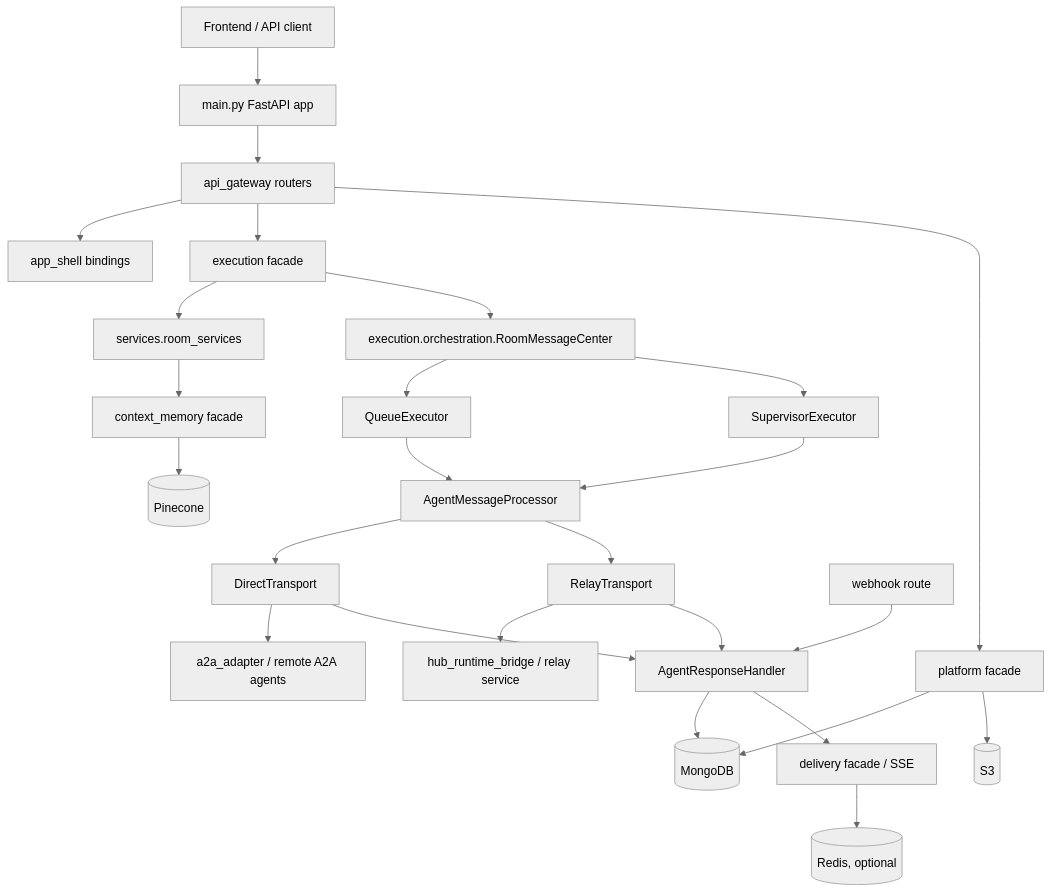
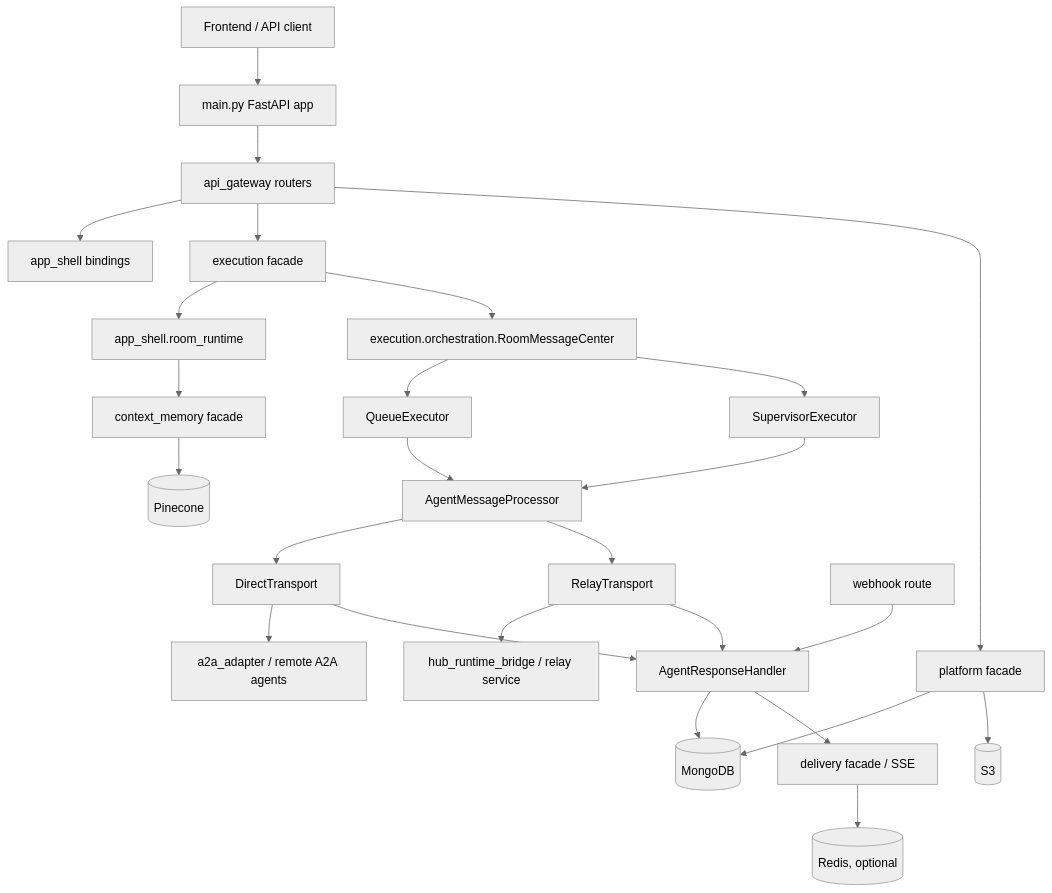
The diagram in System-Architecture.md (JeromeOvO/hybro), drawn with Mermaid (neutral theme) before and after one commit. The commit also changed other lines of this file and 242 other files, not shown here.

````diff
--- a/System-Architecture.md
+++ b/System-Architecture.md
@@ -25,32 +25,32 @@
 ```mermaid
 flowchart TD
     Client[Frontend / API client] --> FastAPI[main.py FastAPI app]
     FastAPI --> APIGateway[api_gateway routers]
     APIGateway --> AppShell[app_shell bindings]
     APIGateway --> Execution[execution facade]
     APIGateway --> Platform[platform facade]
 
-    Execution --> RoomServices[services.room_services]
+    Execution --> RoomServices[app_shell.room_runtime]
     Execution --> RoomMessageCenter[execution.orchestration.RoomMessageCenter]
     RoomMessageCenter --> QueueExecutor[QueueExecutor]
     RoomMessageCenter --> SupervisorExecutor[SupervisorExecutor]
     QueueExecutor --> AgentMessageProcessor[AgentMessageProcessor]
     SupervisorExecutor --> AgentMessageProcessor
 
     AgentMessageProcessor --> DirectTransport[DirectTransport]
     AgentMessageProcessor --> RelayTransport[RelayTransport]
     DirectTransport --> A2A[a2a_adapter / remote A2A agents]
     RelayTransport --> HubRelay[hub_runtime_bridge / relay service]
 
     DirectTransport --> ResponseHandler[AgentResponseHandler]
     RelayTransport --> ResponseHandler
     Webhook[webhook route] --> ResponseHandler
 
     ResponseHandler --> Mongo[(MongoDB)]
     ResponseHandler --> Delivery[delivery facade / SSE]
     RoomServices --> ContextMemory[context_memory facade]
     Platform --> Mongo
     Platform --> S3[(S3)]
     ContextMemory --> Pinecone[(Pinecone)]
     Delivery --> Redis[(Redis, optional)]
 ```
````
